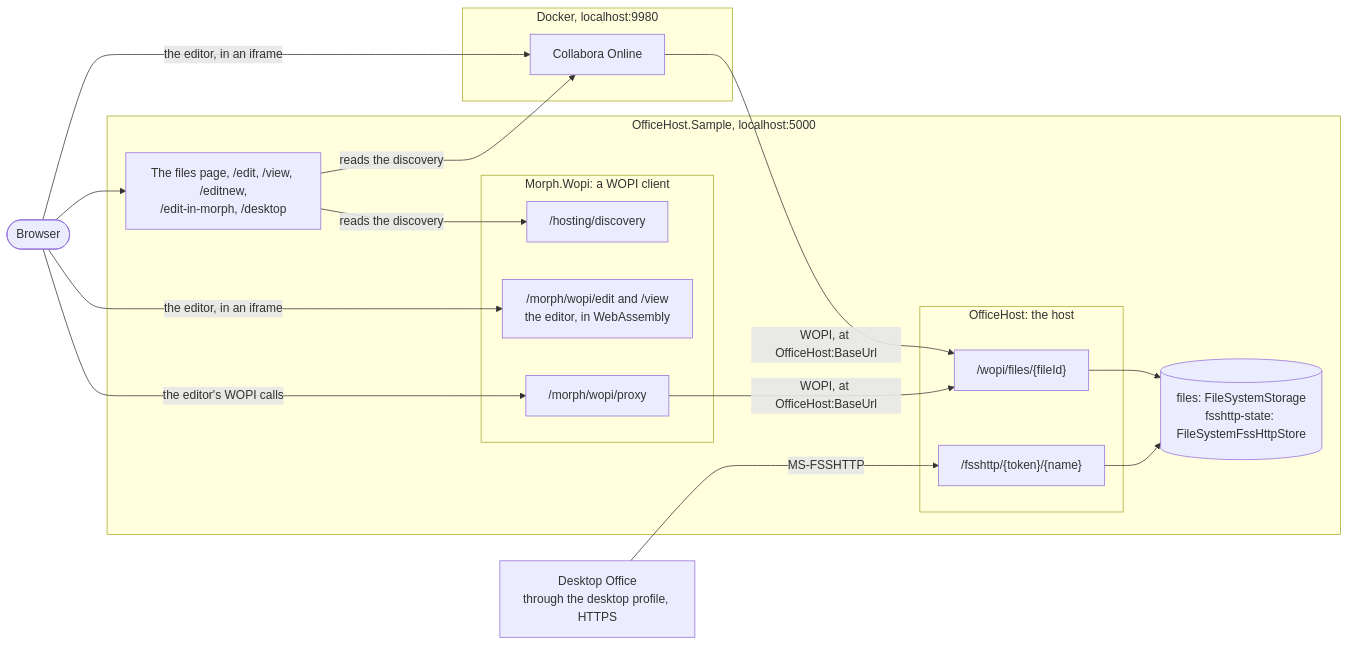
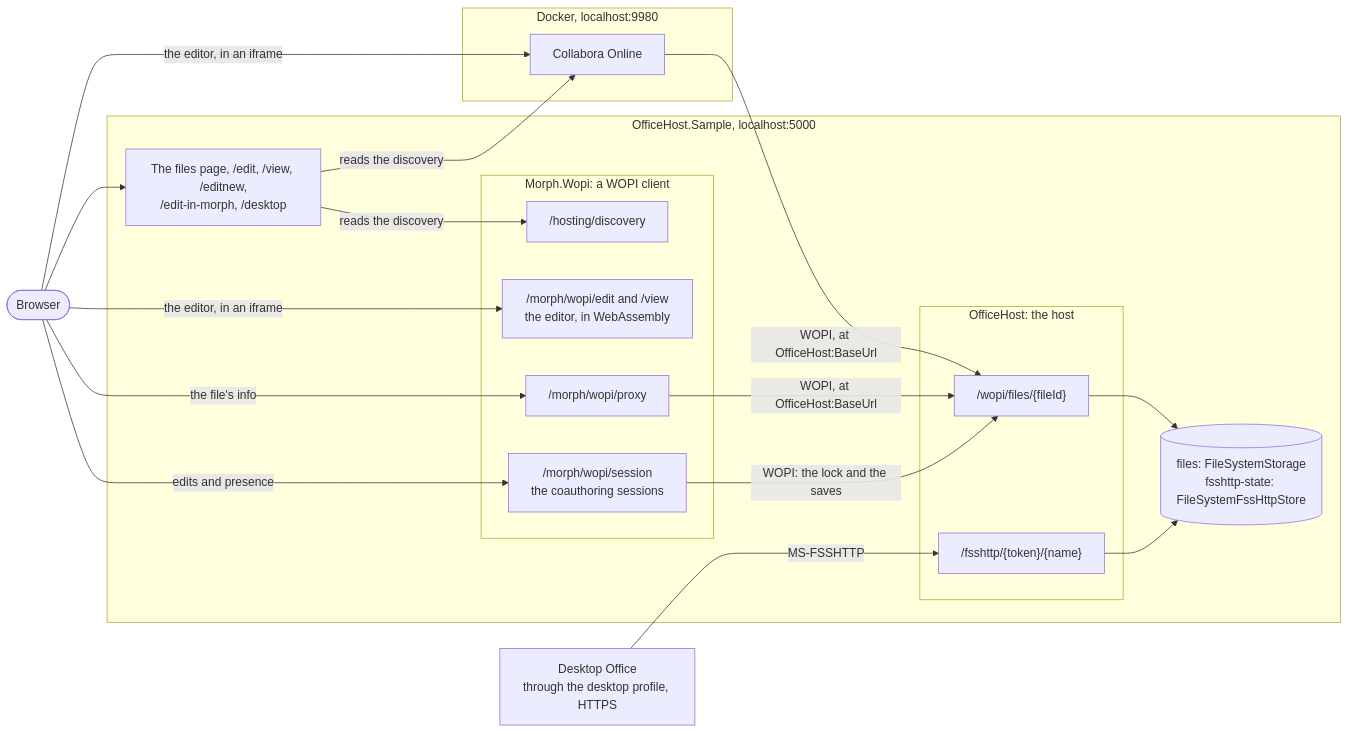
One commit to Papyrine/OfficeHost changed the fourth of 5 diagrams in readme.md. Above: the diagram before and after it, drawn with Mermaid. The commit also changed other lines of this file and 5 other files, not shown here.

````diff
--- a/readme.md
+++ b/readme.md
@@ -330,32 +332,35 @@
 ```mermaid
 flowchart LR
   browser([Browser])
   subgraph sample["OfficeHost.Sample, localhost:5000"]
     pages["The files page, /edit, /view, /editnew,<br>/edit-in-morph, /desktop"]
     subgraph officehost["OfficeHost: the host"]
       wopi["/wopi/files/{fileId}"]
       fsshttp["/fsshttp/{token}/{name}"]
     end
     subgraph morphwopi["Morph.Wopi: a WOPI client"]
       discovery["/hosting/discovery"]
       editor["/morph/wopi/edit and /view<br>the editor, in WebAssembly"]
       proxy["/morph/wopi/proxy"]
+      session["/morph/wopi/session<br>the coauthoring sessions"]
     end
     files[("files: FileSystemStorage<br>fsshttp-state: FileSystemFssHttpStore")]
   end
   subgraph docker["Docker, localhost:9980"]
     collabora["Collabora Online"]
   end
   desktop["Desktop Office<br>through the desktop profile, HTTPS"]
   browser --> pages
   pages -- "reads the discovery" --> collabora
   pages -- "reads the discovery" --> discovery
   browser -- "the editor, in an iframe" --> collabora
   browser -- "the editor, in an iframe" --> editor
-  browser -- "the editor's WOPI calls" --> proxy
+  browser -- "the file's info" --> proxy
+  browser -- "edits and presence" --> session
   collabora -- "WOPI, at OfficeHost:BaseUrl" --> wopi
   proxy -- "WOPI, at OfficeHost:BaseUrl" --> wopi
+  session -- "WOPI: the lock and the saves" --> wopi
   desktop -- "MS-FSSHTTP" --> fsshttp
   wopi --> files
   fsshttp --> files
 ```
````
